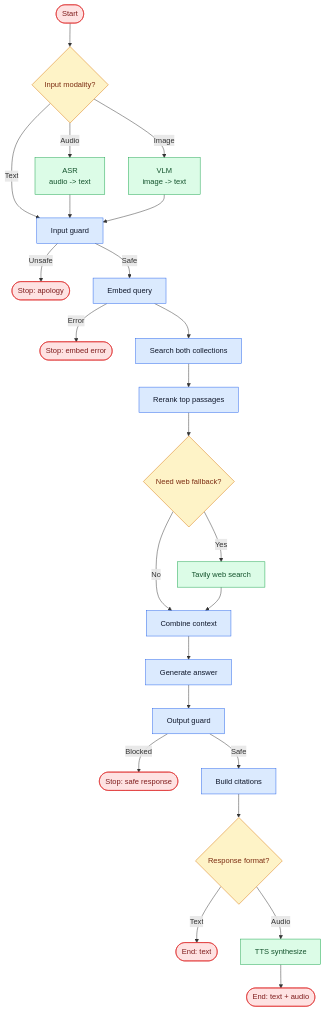
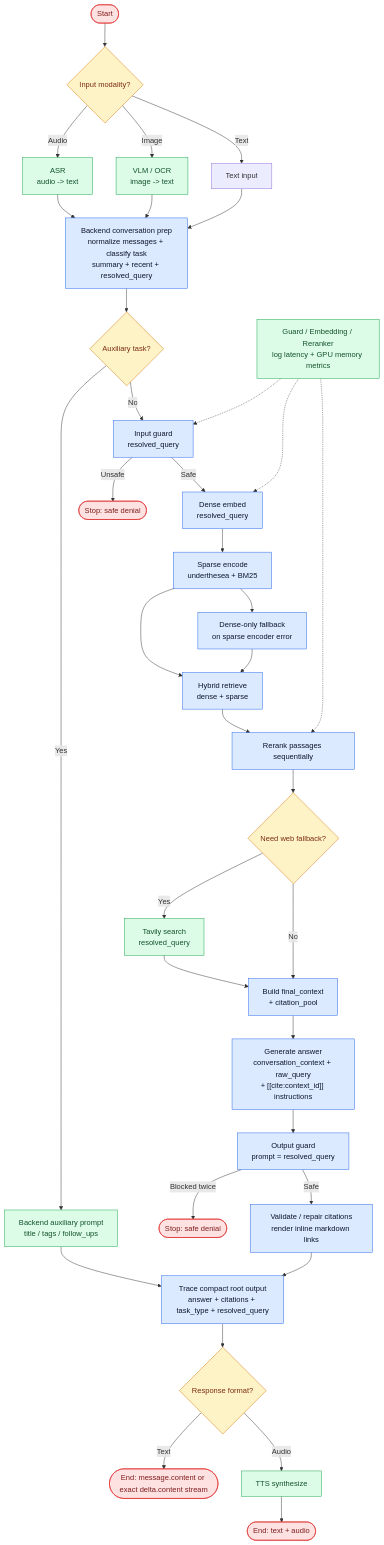
One commit to minhquana1906/Multimodal-Economic-RAG-Assistant changed the diagram in docs/diagrams/10_multimodal_rag_pipeline_state_machine.mmd. Above: the diagram before and after it, drawn with Mermaid. The commit also changed 33 other files, not shown here.

Commit message:
feat: integrate conversation-aware hybrid search

```diff
--- a/docs/diagrams/10_multimodal_rag_pipeline_state_machine.mmd
+++ b/docs/diagrams/10_multimodal_rag_pipeline_state_machine.mmd
@@ -1,43 +1,56 @@
 flowchart TD
     start([Start]) --> detect{"Input modality?"}
 
     detect -->|Audio| asr["ASR<br/>audio -> text"]
-    detect -->|Image| vlm["VLM<br/>image -> text"]
-    detect -->|Text| input_guard["Input guard"]
+    detect -->|Image| vlm["VLM / OCR<br/>image -> text"]
+    detect -->|Text| text["Text input"]
 
-    asr --> input_guard
-    vlm --> input_guard
+    asr --> normalize
+    vlm --> normalize
+    text --> normalize
 
-    input_guard -->|Unsafe| stop1([Stop: apology])
-    input_guard -->|Safe| embed["Embed query"]
+    normalize["Backend conversation prep<br/>normalize messages + classify task<br/>summary + recent + resolved_query"] --> task{"Auxiliary task?"}
 
-    embed -->|Error| stop2([Stop: embed error])
-    embed --> retrieve["Search both collections"]
+    task -->|Yes| aux["Backend auxiliary prompt<br/>title / tags / follow_ups"]
+    task -->|No| input_guard["Input guard<br/>resolved_query"]
 
-    retrieve --> rerank["Rerank top passages"]
+    input_guard -->|Unsafe| stop1([Stop: safe denial])
+    input_guard -->|Safe| embed["Dense embed<br/>resolved_query"]
+    embed --> sparse["Sparse encode<br/>underthesea + BM25"]
+    sparse --> retrieve["Hybrid retrieve<br/>dense + sparse"]
+    sparse --> dense_only["Dense-only fallback<br/>on sparse encoder error"]
+    dense_only --> retrieve
+
+    retrieve --> rerank["Rerank passages sequentially"]
     rerank --> fallback{"Need web fallback?"}
-
-    fallback -->|Yes| web["Tavily web search"]
-    fallback -->|No| combine["Combine context"]
+    fallback -->|Yes| web["Tavily search<br/>resolved_query"]
+    fallback -->|No| combine["Build final_context<br/>+ citation_pool"]
     web --> combine
 
-    combine --> generate["Generate answer"]
-    generate --> output_guard["Output guard"]
+    combine --> generate["Generate answer<br/>conversation_context + raw_query<br/>+ [[cite:context_id]] instructions"]
+    generate --> output_guard["Output guard<br/>prompt = resolved_query"]
+    output_guard -->|Blocked twice| stop2([Stop: safe denial])
+    output_guard -->|Safe| citations["Validate / repair citations<br/>render inline markdown links"]
 
-    output_guard -->|Blocked| stop3([Stop: safe response])
-    output_guard -->|Safe| citations["Build citations"]
+    citations --> trace["Trace compact root output<br/>answer + citations + task_type + resolved_query"]
+    aux --> trace
 
-    citations --> format{"Response format?"}
-    format -->|Text| end1([End: text])
+    trace --> format{"Response format?"}
+    format -->|Text| end1([End: message.content or exact delta.content stream])
     format -->|Audio| tts["TTS synthesize"]
     tts --> end2([End: text + audio])
+
+    metrics["Guard / Embedding / Reranker<br/>log latency + GPU memory metrics"] -.-> input_guard
+    metrics -.-> embed
+    metrics -.-> rerank
 
     classDef step fill:#dbeafe,stroke:#2563eb,color:#0f172a
     classDef transform fill:#dcfce7,stroke:#16a34a,color:#14532d
     classDef decision fill:#fef3c7,stroke:#d97706,color:#7c2d12
     classDef final fill:#fee2e2,stroke:#dc2626,color:#7f1d1d
+    classDef metrics fill:#ecfccb,stroke:#65a30d,color:#365314
 
-    class input_guard,embed,retrieve,rerank,combine,generate,output_guard,citations step
-    class asr,vlm,web,tts transform
-    class detect,fallback,format decision
-    class start,stop1,stop2,stop3,end1,end2 final
+    class normalize,input_guard,embed,sparse,dense_only,retrieve,rerank,combine,generate,output_guard,citations,trace step
+    class asr,vlm,web,tts,aux,metrics transform
+    class detect,task,fallback,format decision
+    class start,stop1,stop2,end1,end2 final
```
